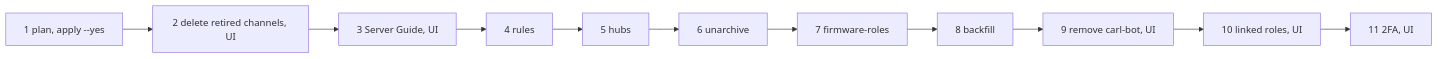
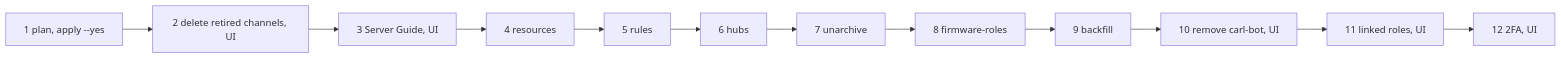
Before and after one commit to OpenDrone-hw/discord: the fourth of 4 diagrams in README.md, drawn with Mermaid. The commit also changed other lines of this file and 18 other files, not shown here.

````diff
--- a/README.md
+++ b/README.md
@@ -360,4 +384,4 @@
 ```mermaid
 flowchart LR
-  A[1 plan, apply --yes] --> D[2 delete retired channels, UI] --> G[3 Server Guide, UI] --> R[4 rules] --> H[5 hubs] --> U[6 unarchive] --> F[7 firmware-roles] --> B[8 backfill] --> K[9 remove carl-bot, UI] --> L[10 linked roles, UI] --> T[11 2FA, UI]
+  A[1 plan, apply --yes] --> D[2 delete retired channels, UI] --> G[3 Server Guide, UI] --> RS[4 resources] --> R[5 rules] --> H[6 hubs] --> U[7 unarchive] --> F[8 firmware-roles] --> B[9 backfill] --> K[10 remove carl-bot, UI] --> L[11 linked roles, UI] --> T[12 2FA, UI]
 ```
````
